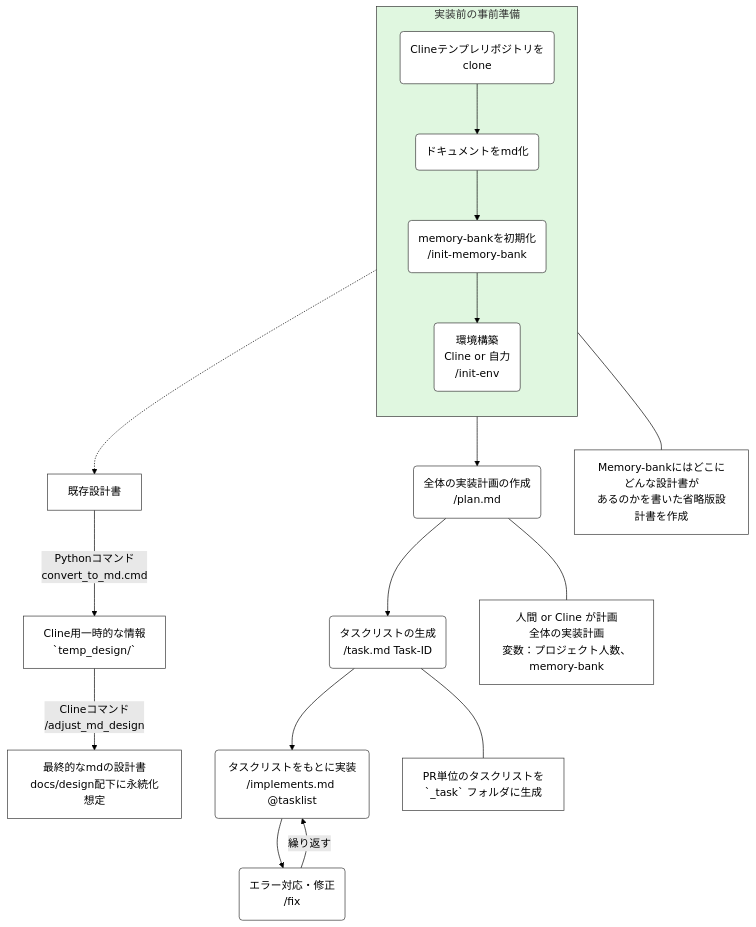
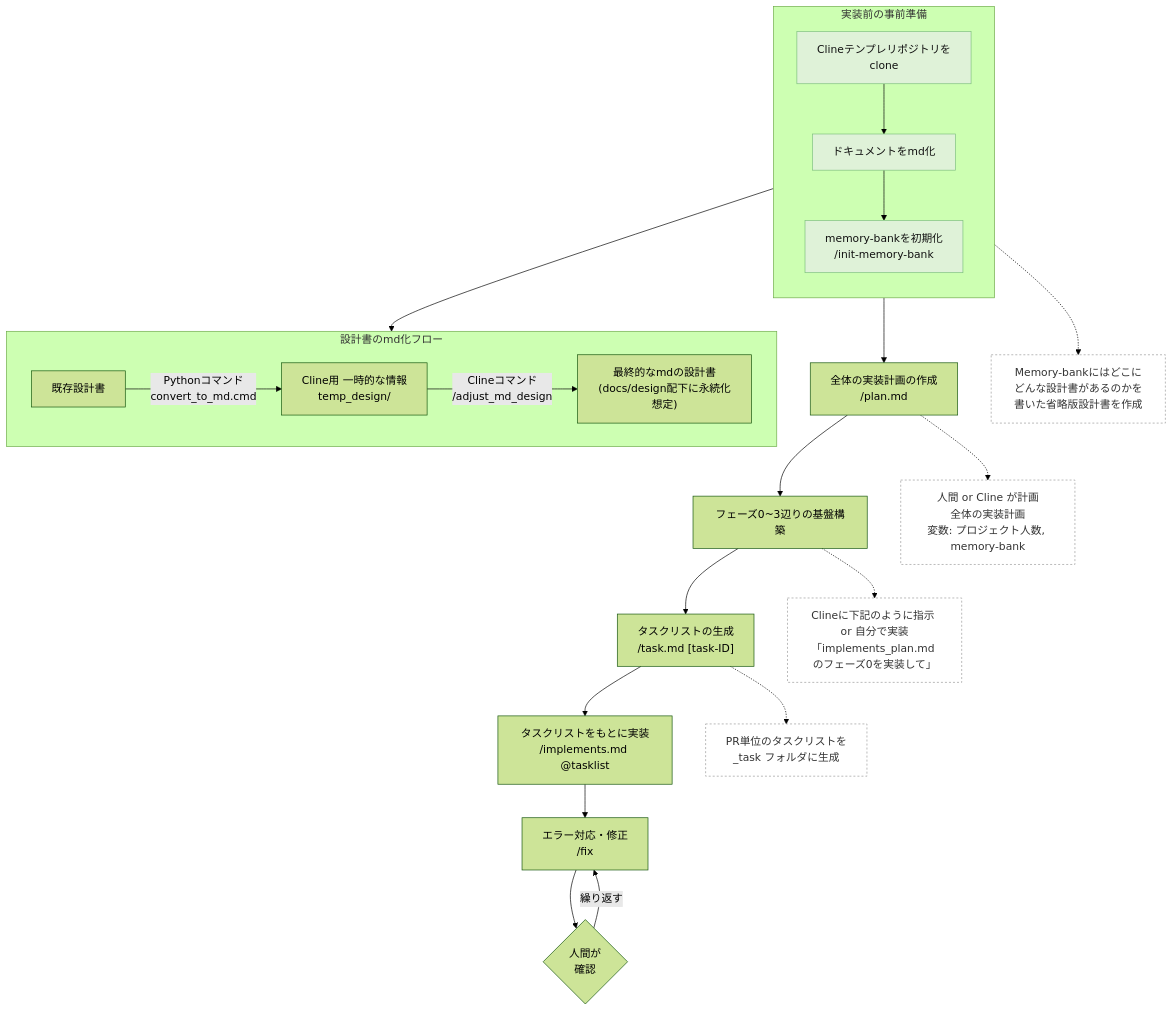
One commit to RyukaST077/ai-first-project changed the diagram in docs/開発全体のワークフロー図.md. Above: the diagram before and after it, drawn with Mermaid (forest theme).

Commit message:
全体ワークフローを修正

````diff
--- a/docs/開発全体のワークフロー図.md
+++ b/docs/開発全体のワークフロー図.md
@@ -1,56 +1,46 @@
 ```mermaid
-graph TD
-    %% スタイル定義
-    classDef default fill:#fff,stroke:#333,stroke-width:1px;
-    classDef greenGroup fill:#e0f7e0,stroke:#333,stroke-width:1px;
-    classDef note fill:none,stroke:none;
+flowchart TB
+  %% --- Styles ---
+  classDef prep fill:#dff2d8,stroke:#7dbf7d,color:#111;
+  classDef note fill:#fff,stroke:#999,stroke-dasharray: 3 3,color:#333;
 
-    %% 事前準備サブグラフ
-    subgraph Prep [実装前の事前準備]
-        direction TB
-        Clone("Clineテンプレリポジトリをclone")
-        MD("ドキュメントをmd化")
-        InitMB("memory-bankを初期化<br>/init-memory-bank")
-        Env("環境構築<br>Cline or 自力<br>/init-env")
+  %% --- Pre-implementation prep (green box) ---
+  subgraph PRE[実装前の事前準備]
+    direction TB
+    A[Clineテンプレリポジトリをclone]:::prep --> B[ドキュメントをmd化]:::prep --> C[memory-bankを初期化<br/>/init-memory-bank]:::prep
+  end
 
-        Clone --> MD
-        MD --> InitMB
-        InitMB --> Env
-    end
-    class Prep greenGroup
+  %% --- Design-doc conversion flow (top right) ---
+  subgraph DOCFLOW[設計書のmd化フロー]
+    direction LR
+    X[既存設計書] -->|Pythonコマンド<br/>convert_to_md.cmd| Y[Cline用 一時的な情報<br/>temp_design/]
+    Y -->|Clineコマンド<br/>/adjust_md_design| Z["最終的なmdの設計書<br/>(docs/design配下に永続化想定)"]
+  end
 
-    %% ドキュメント変換フロー（右側）
-    Existing["既存設計書"]
-    Temp["Cline用一時的な情報<br>`temp_design/`"]
-    Final["最終的なmdの設計書<br>docs/design配下に永続化想定"]
+  %% Link between prep and docflow
+  B --> X
 
-    MD -.-> Existing
-    Existing -- "Pythonコマンド<br>convert_to_md.cmd" --> Temp
-    Temp -- "Clineコマンド<br>/adjust_md_design" --> Final
+  %% --- Main implementation workflow (vertical) ---
+  C --> D[全体の実装計画の作成<br/>/plan.md]
+  D --> E[フェーズ0~3辺りの基盤構築]
+  E --> F["タスクリストの生成<br/>/task.md [task-ID]"]
+  F --> G[タスクリストをもとに実装<br/>/implements.md @tasklist]
+  G --> H[エラー対応・修正<br/>/fix]
+  H --> I{人間が<br/>確認}
+  I -->|繰り返す| H
 
-    %% メインフロー続き
-    Plan("全体の実装計画の作成<br>/plan.md")
-    Task("タスクリストの生成<br>/task.md Task-ID")
-    Impl("タスクリストをもとに実装<br>/implements.md @tasklist")
-    Fix("エラー対応・修正<br>/fix")
+  %% --- Notes / Annotations ---
+  N1[Memory-bankにはどこにどんな設計書があるのかを<br/>書いた省略版設計書を作成]:::note
+  C -.-> N1
 
-    Env --> Plan
-    Plan --> Task
-    Task --> Impl
-    Impl --> Fix
-    Fix -- "繰り返す" --> Impl
+  N2[人間 or Cline が計画<br/>全体の実装計画<br/>変数: プロジェクト人数, memory-bank]:::note
+  D -.-> N2
 
-    %% 注釈（右側）
-    NoteMB["Memory-bankにはどこにどんな設計書が<br>あるのかを書いた省略版設計書を作成"]
-    InitMB --- NoteMB
+  N3[Clineに下記のように指示 or 自分で実装<br/>「implements_plan.md のフェーズ0を実装して」]:::note
+  E -.-> N3
 
-    NotePlan["人間 or Cline が計画<br>全体の実装計画<br>変数：プロジェクト人数、memory-bank"]
-    Plan --- NotePlan
+  N4[PR単位のタスクリストを<br/>_task フォルダに生成]:::note
+  F -.-> N4
 
-    NoteTask["PR単位のタスクリストを<br>`_task` フォルダに生成"]
-    Task --- NoteTask
-
-    %% 注釈のスタイル適用
-    class NoteMB,NotePlan,NoteTask note```
 
 ```
````
